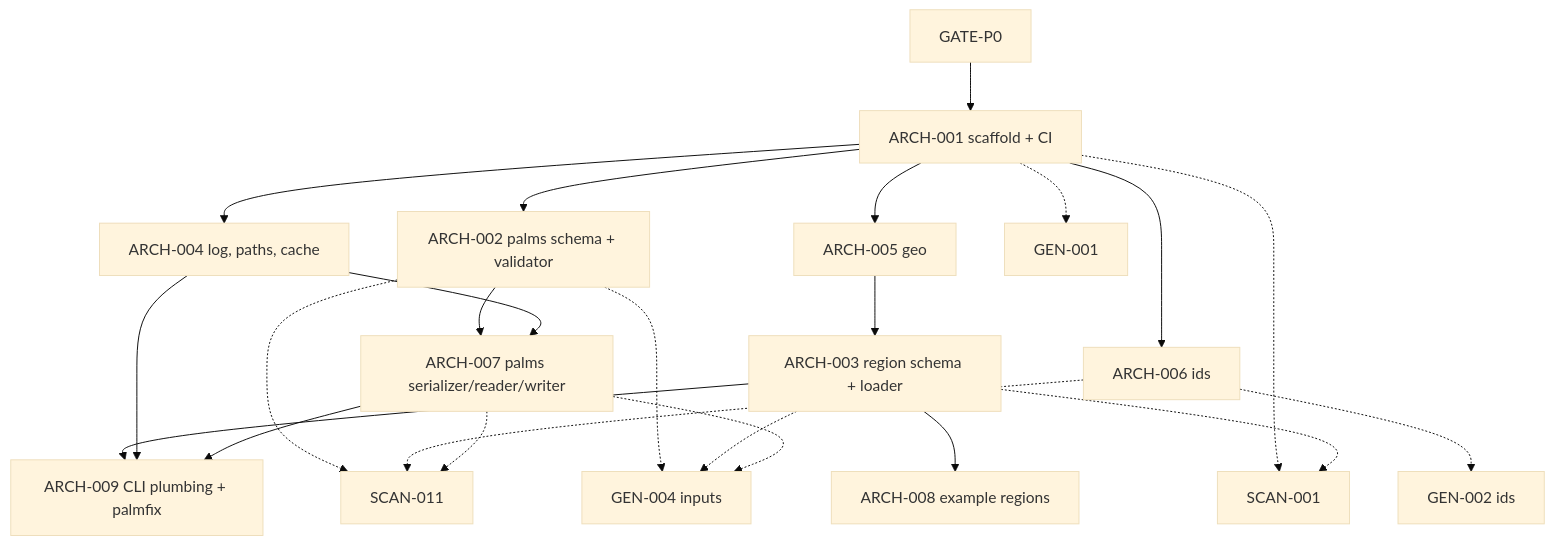
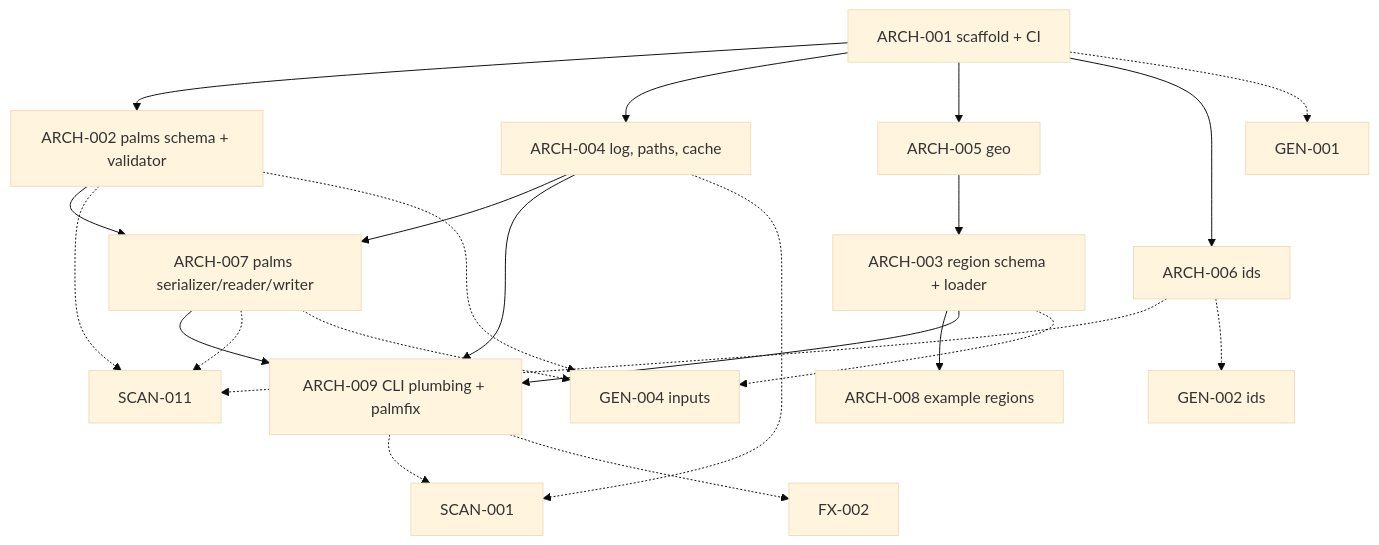
One commit to delta97/sim-palms changed the diagram in plans/detailed/01-architecture.md. Above: the diagram before and after it, drawn with Mermaid (base theme). The commit also changed other lines of this file and 66 other files, not shown here.

````diff
--- a/plans/detailed/01-architecture.md
+++ b/plans/detailed/01-architecture.md
@@ -826,25 +830,26 @@
 ```mermaid
 flowchart TD
-    P0[GATE-P0] --> A1[ARCH-001 scaffold + CI]
+    A1[ARCH-001 scaffold + CI]
     A1 --> A2[ARCH-002 palms schema + validator]
     A1 --> A4[ARCH-004 log, paths, cache]
     A1 --> A5[ARCH-005 geo]
     A1 --> A6[ARCH-006 ids]
     A5 --> A3[ARCH-003 region schema + loader]
     A2 --> A7[ARCH-007 palms serializer/reader/writer]
     A4 --> A7
     A3 --> A8[ARCH-008 example regions]
     A3 --> A9[ARCH-009 CLI plumbing + palmfix]
     A4 --> A9
     A7 --> A9
-    A1 -.-> S1[SCAN-001]
-    A3 -.-> S1
+    A9 -.-> S1[SCAN-001]
+    A9 -.-> FX2[FX-002]
     A2 -.-> S11[SCAN-011]
     A6 -.-> S11
     A7 -.-> S11
+    A4 -.-> S1
     A1 -.-> G1[GEN-001]
     A6 -.-> G2[GEN-002 ids]
     A2 -.-> G4[GEN-004 inputs]
     A3 -.-> G4
     A7 -.-> G4
 ```
````
